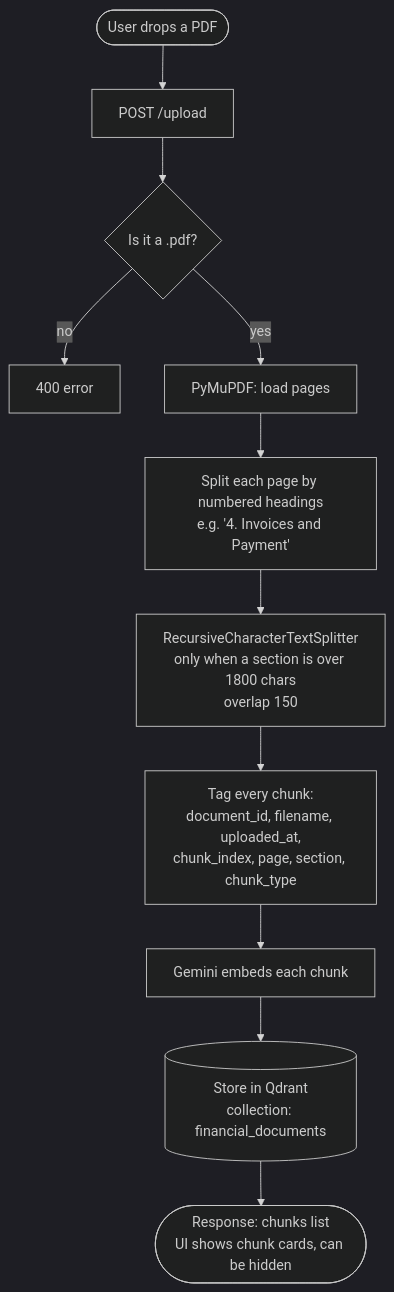
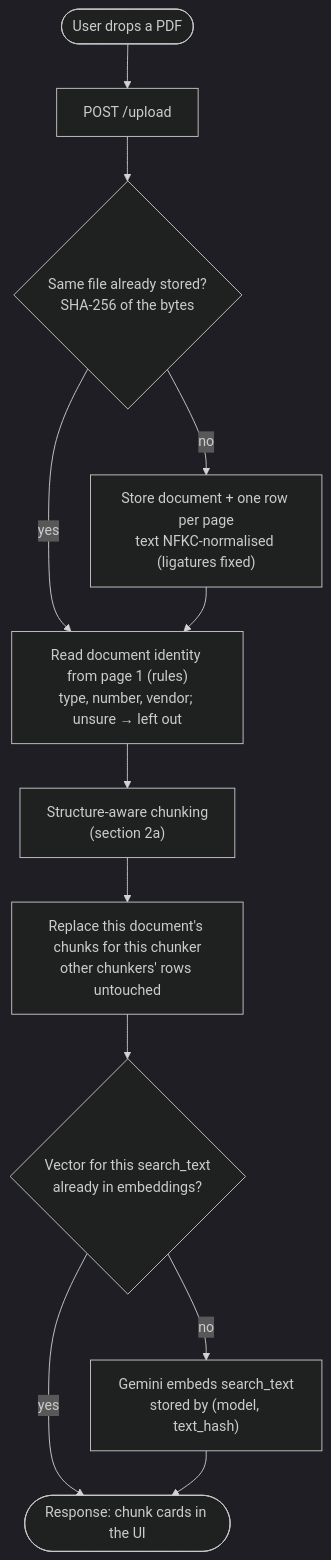
The second of 5 diagrams in ARCHITECTURE.md (Jainilshah07/Financial-Rag), drawn with Mermaid (dark theme) before and after one commit. The commit also changed other lines of this file and 23 other files, not shown here.

````diff
--- a/ARCHITECTURE.md
+++ b/ARCHITECTURE.md
@@ -48,13 +48,14 @@
 ```mermaid
 flowchart TD
     A([User drops a PDF]) --> B["POST /upload"]
-    B --> C{"Is it a .pdf?"}
-    C -- no --> X1["400 error"]
-    C -- yes --> D["PyMuPDF: load pages"]
-    D --> E["Split each page by numbered headings<br/>e.g. '4. Invoices and Payment'"]
-    E --> F["RecursiveCharacterTextSplitter<br/>only when a section is over 1800 chars<br/>overlap 150"]
-    F --> G["Tag every chunk:<br/>document_id, filename, uploaded_at,<br/>chunk_index, page, section, chunk_type"]
-    G --> H["Gemini embeds each chunk"]
-    H --> I[("Store in Qdrant<br/>collection: financial_documents")]
-    I --> J(["Response: chunks list<br/>UI shows chunk cards, can be hidden"])
+    B --> C{"Same file already stored?<br/>SHA-256 of the bytes"}
+    C -- no --> D["Store document + one row per page<br/>text NFKC-normalised (ligatures fixed)"]
+    C -- yes --> E
+    D --> E["Read document identity from page 1 (rules)<br/>type, number, vendor; unsure → left out"]
+    E --> F["Structure-aware chunking<br/>(section 2a)"]
+    F --> G["Replace this document's chunks for this chunker<br/>other chunkers' rows untouched"]
+    G --> H{"Vector for this search_text<br/>already in embeddings?"}
+    H -- no --> I["Gemini embeds search_text<br/>stored by (model, text_hash)"]
+    H -- yes --> J
+    I --> J(["Response: chunk cards in the UI"])
 ```
````
